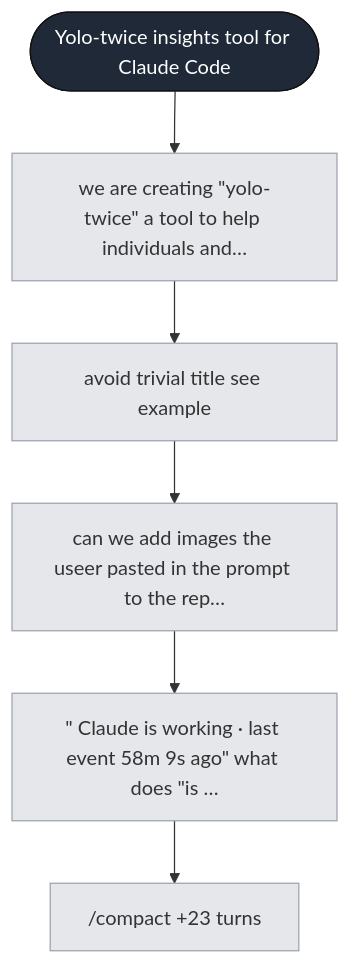
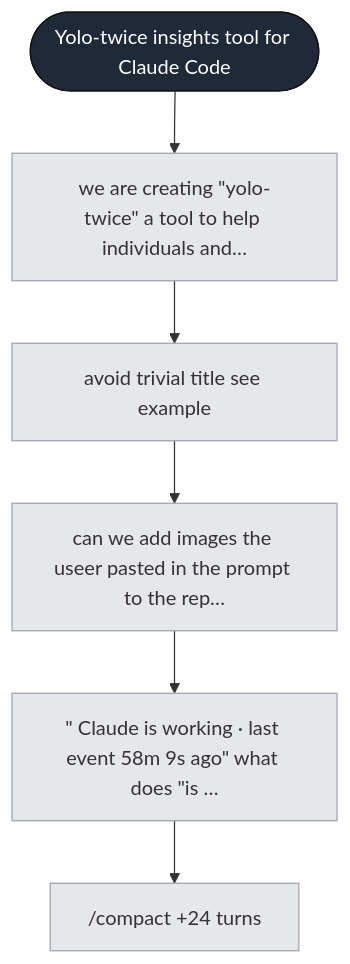
One commit to bar9/yolo-twice changed the diagram in .yolo-twice/sessions/34b27ceb-5af1-4142-8334-ab80a4310636/graph.L1.mmd. Above: the diagram before and after it, drawn with Mermaid. The commit also changed 6 other files, not shown here.

Commit message:
Timeline: a subtle dashed day border, and the date in the hover readout

```diff
--- a/.yolo-twice/sessions/34b27ceb-5af1-4142-8334-ab80a4310636/graph.L1.mmd
+++ b/.yolo-twice/sessions/34b27ceb-5af1-4142-8334-ab80a4310636/graph.L1.mmd
@@ -1,27 +1,27 @@
 flowchart TD
   s_34b27ceb_5af1_4142_8334_ab80a4310636(["Yolo-twice insights tool for Claude Code"])
   p1["we are creating #quot;yolo-twice#quot; a tool to help individuals and…"]
   p2["avoid trivial title see example"]
   p3["can we add images the useer pasted in the prompt to the rep…"]
   p4["#quot; Claude is working · last event 58m 9s ago#quot; what does #quot;is …"]
-  p5["/compact  +23 turns "]
+  p5["/compact  +24 turns "]
   s_34b27ceb_5af1_4142_8334_ab80a4310636 --> p1
   p1 --> p2
   p2 --> p3
   p3 --> p4
   p4 --> p5
   classDef session fill:#1f2937,color:#fff,stroke:#111;
   classDef phase fill:#e5e7eb,stroke:#9ca3af;
   classDef turn fill:#dbeafe,stroke:#60a5fa;
   classDef branch fill:#fde68a,stroke:#d97706;
   classDef subagent fill:#ede9fe,stroke:#8b5cf6;
   classDef tool fill:#dcfce7,stroke:#22c55e;
   classDef error fill:#fee2e2,stroke:#ef4444;
   classDef text fill:#f3f4f6,stroke:#9ca3af;
   classDef thinking fill:#f3f4f6,stroke:#d1d5db,stroke-dasharray: 3 3;
   class s_34b27ceb_5af1_4142_8334_ab80a4310636 session;
   class p1 phase;
   class p2 phase;
   class p3 phase;
   class p4 phase;
   class p5 phase;
```
